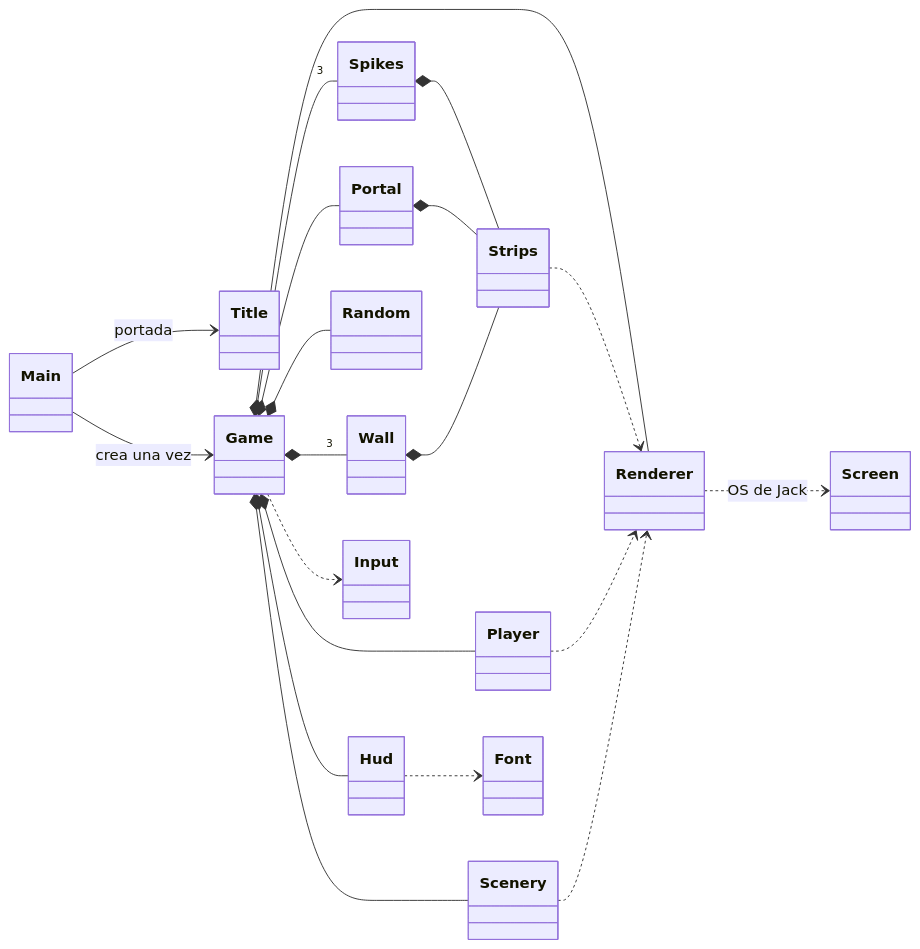
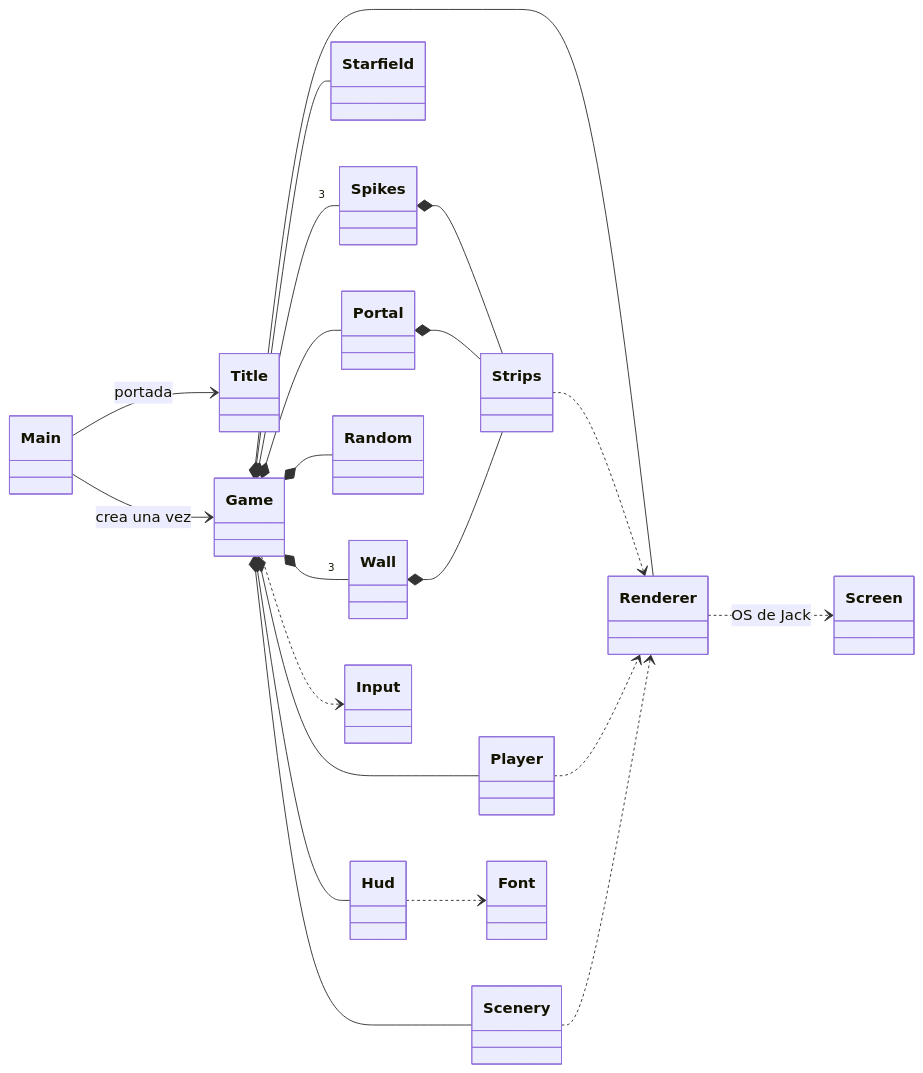
The first of 2 diagrams in docs/ARQUITECTURA.md (DParraP-dev/N2T_GeometryHASH_ORG), drawn with Mermaid before and after one commit. The commit also changed other lines of this file and 1 other file, not shown here.

Commit message:
Document the starfield and the new speed and jump numbers

````diff
--- a/docs/ARQUITECTURA.md
+++ b/docs/ARQUITECTURA.md
@@ -8,23 +8,24 @@
 ```mermaid
 classDiagram
     direction LR
     Main --> Title : portada
     Main --> Game : crea una vez
     Game *-- Renderer
     Game *-- Hud
     Game *-- Scenery
+    Game *-- Starfield
     Game *-- Player
     Game *-- Portal
     Game *-- "3" Spikes
     Game *-- Random
     Spikes *-- Strips
     Portal *-- Strips
     Game *-- "3" Wall
     Wall *-- Strips
     Hud ..> Font
     Game ..> Input
     Strips ..> Renderer
     Player ..> Renderer
     Scenery ..> Renderer
     Renderer ..> Screen : OS de Jack
 ```
````
